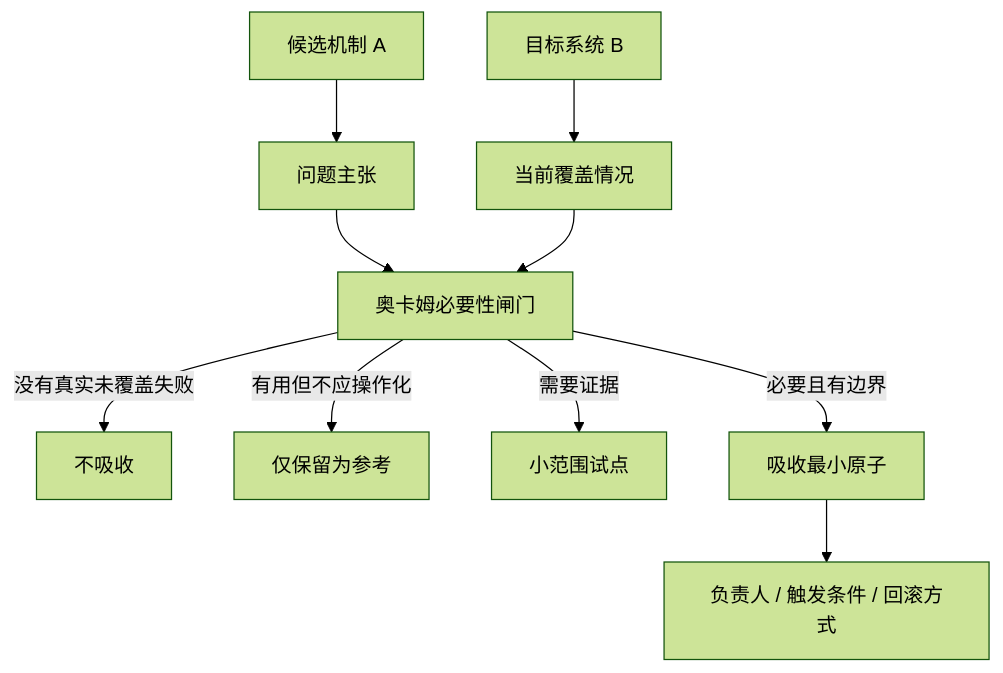
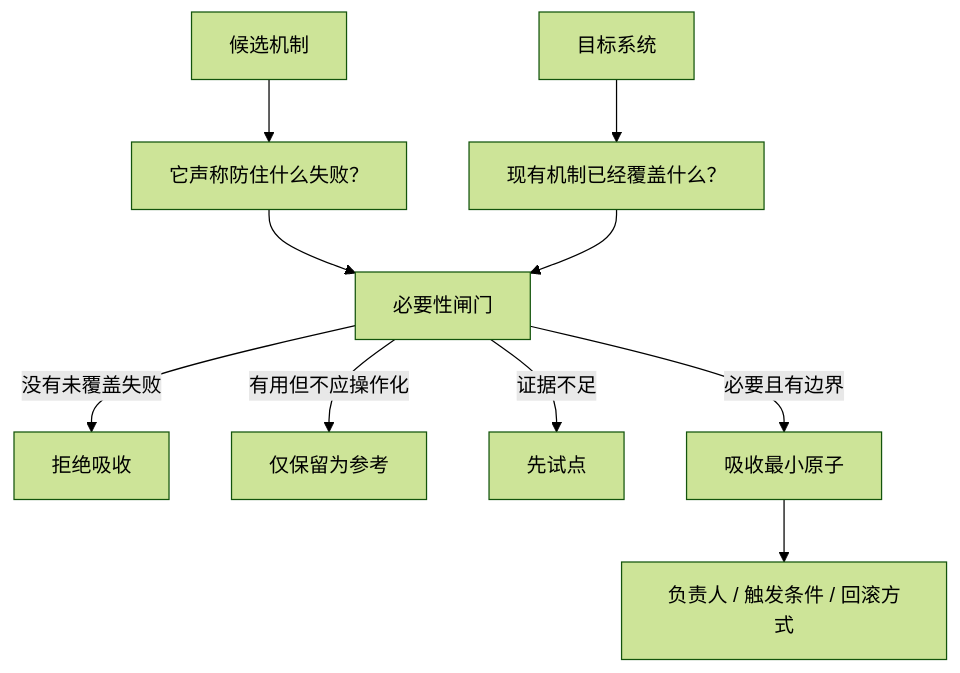
One commit to bagbag16/candidate-fit-review changed the diagram in README.zh.md. Above: the diagram before and after it, drawn with Mermaid (forest theme). The commit also changed other lines of this file, not shown here.

````diff
--- a/README.zh.md
+++ b/README.zh.md
@@ -15,12 +12,12 @@
 ```mermaid
 flowchart TD
-  A["候选机制 A"] --> P["问题主张"]
-  B["目标系统 B"] --> C["当前覆盖情况"]
-  P --> G["奥卡姆必要性闸门"]
+  A["候选机制"] --> P["它声称防住什么失败？"]
+  B["目标系统"] --> C["现有机制已经覆盖什么？"]
+  P --> G["必要性闸门"]
   C --> G
-  G -->|"没有真实未覆盖失败"| R["不吸收"]
+  G -->|"没有未覆盖失败"| R["拒绝吸收"]
   G -->|"有用但不应操作化"| K["仅保留为参考"]
-  G -->|"需要证据"| P2["小范围试点"]
+  G -->|"证据不足"| T["先试点"]
   G -->|"必要且有边界"| I["吸收最小原子"]
   I --> O["负责人 / 触发条件 / 回滚方式"]
 ```
````
